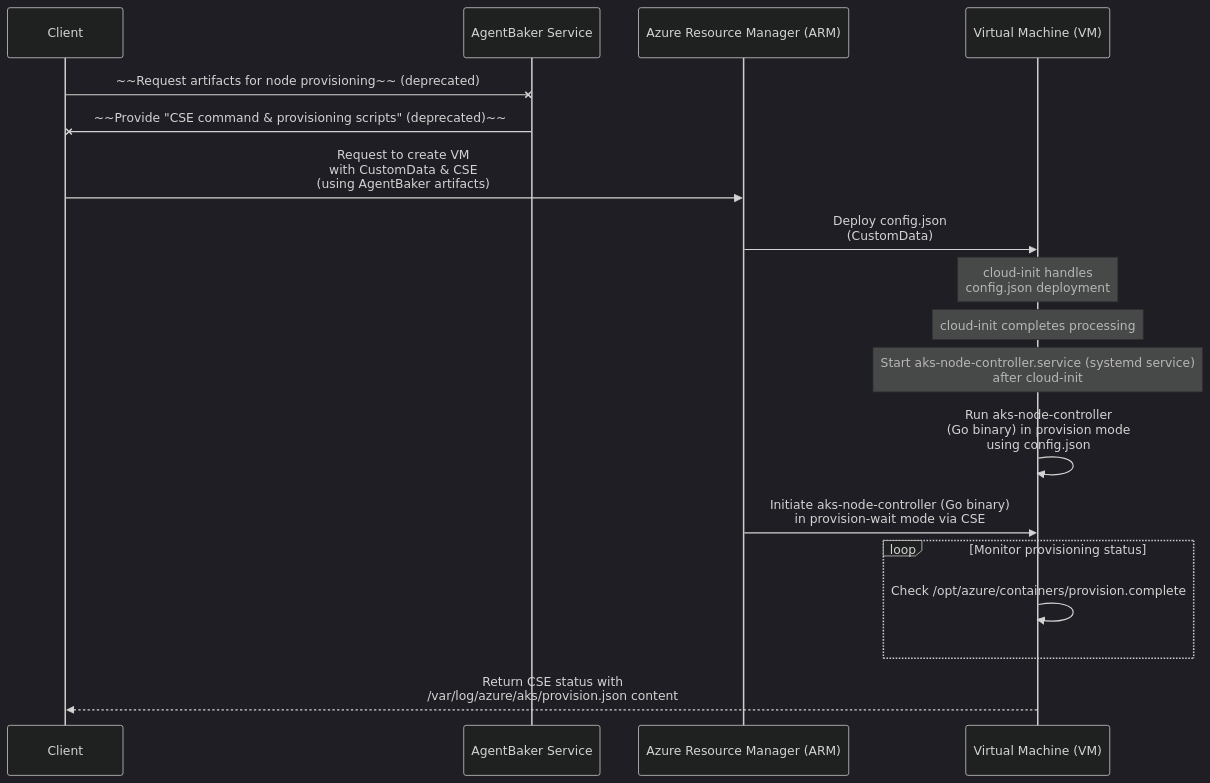
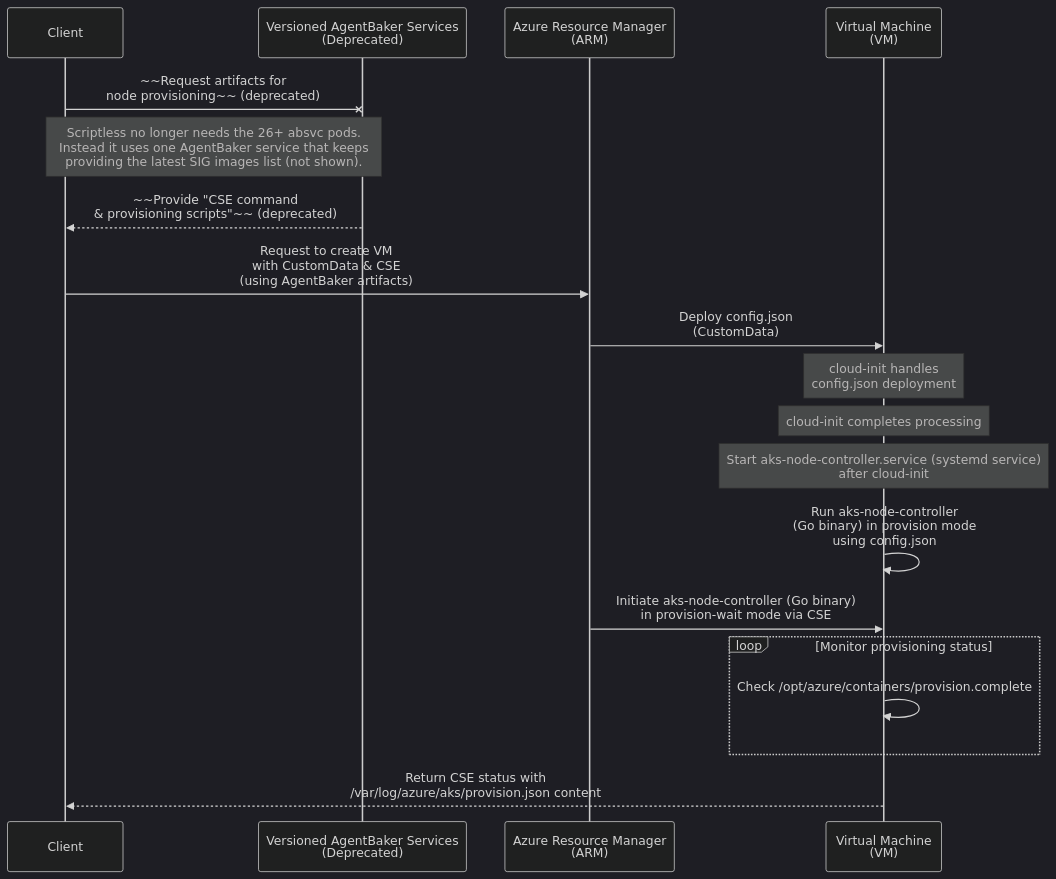
Before and after one commit to Azure/AgentBaker: the diagram in aks-node-controller/README.md, drawn with Mermaid (dark theme).

````diff
--- a/aks-node-controller/README.md
+++ b/aks-node-controller/README.md
@@ -109,27 +109,28 @@
 ```mermaid
 sequenceDiagram
     participant Client as Client
-    participant AgentBaker as AgentBaker Service
-    participant ARM as Azure Resource Manager (ARM)
-    participant VM as Virtual Machine (VM)
+    participant AgentBaker as Versioned AgentBaker Services<br/>(Deprecated)
+    participant ARM as Azure Resource Manager<br/>(ARM)
+    participant VM as Virtual Machine<br/>(VM)
 
-    Client -x AgentBaker: ~~Request artifacts for node provisioning~~ (deprecated)
+    Client -x AgentBaker: ~~Request artifacts for<br/> node provisioning~~ (deprecated)
+    note over Client, AgentBaker: Scriptless no longer needs the 26+ absvc pods.<br/> Instead it uses one AgentBaker service that keeps<br/> providing the latest SIG images list (not shown).
 
-    AgentBaker-xClient: ~~Provide "CSE command & provisioning scripts" (deprecated)~~
+    AgentBaker-->>Client: ~~Provide "CSE command<br/> & provisioning scripts"~~ (deprecated)
 
     Client->>ARM: Request to create VM<br/>with CustomData & CSE<br/>(using AgentBaker artifacts)
     ARM->>VM: Deploy config.json<br/>(CustomData)
     note over VM: cloud-init handles<br/>config.json deployment
 
     note over VM: cloud-init completes processing
     note over VM: Start aks-node-controller.service (systemd service)<br/>after cloud-init
     VM->>VM: Run aks-node-controller<br/>(Go binary) in provision mode<br/>using config.json
 
     ARM->>VM: Initiate aks-node-controller (Go binary)<br/>in provision-wait mode via CSE
 
     loop Monitor provisioning status
         VM->>VM: Check /opt/azure/containers/provision.complete
     end
 
     VM-->>Client: Return CSE status with<br/>/var/log/azure/aks/provision.json content
 ```
````
